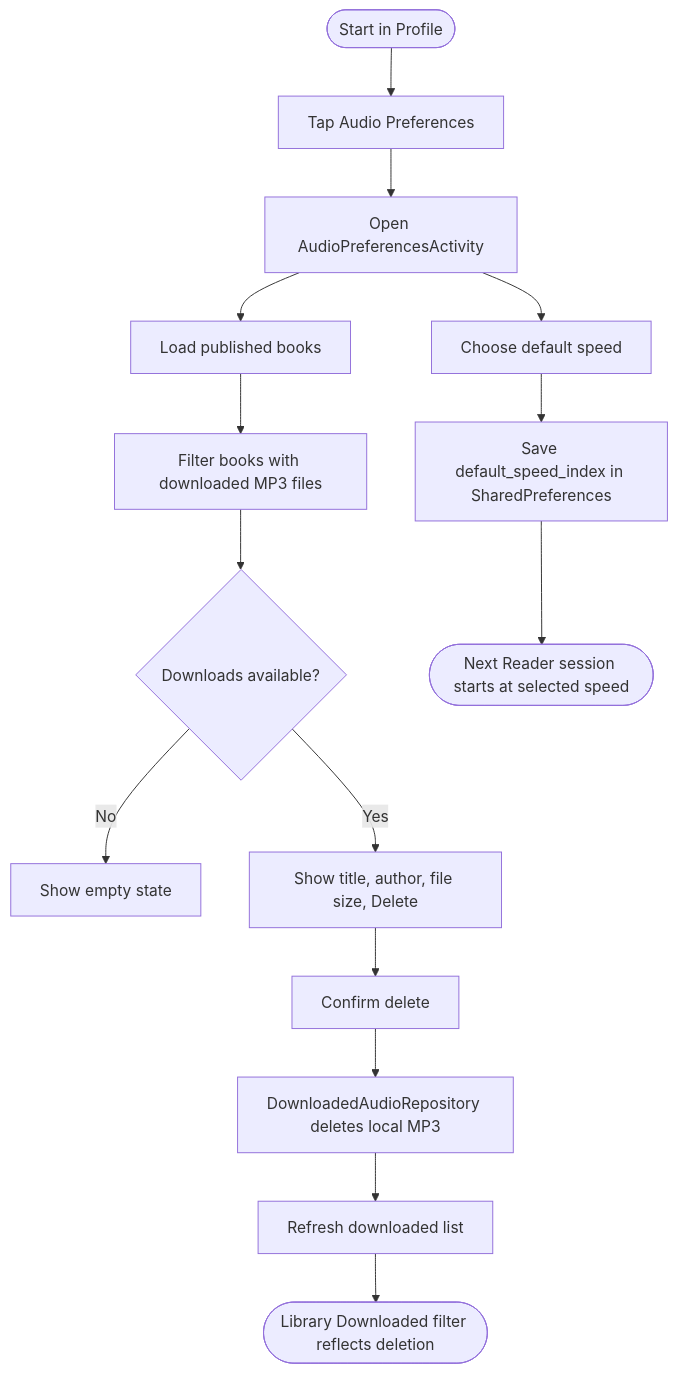
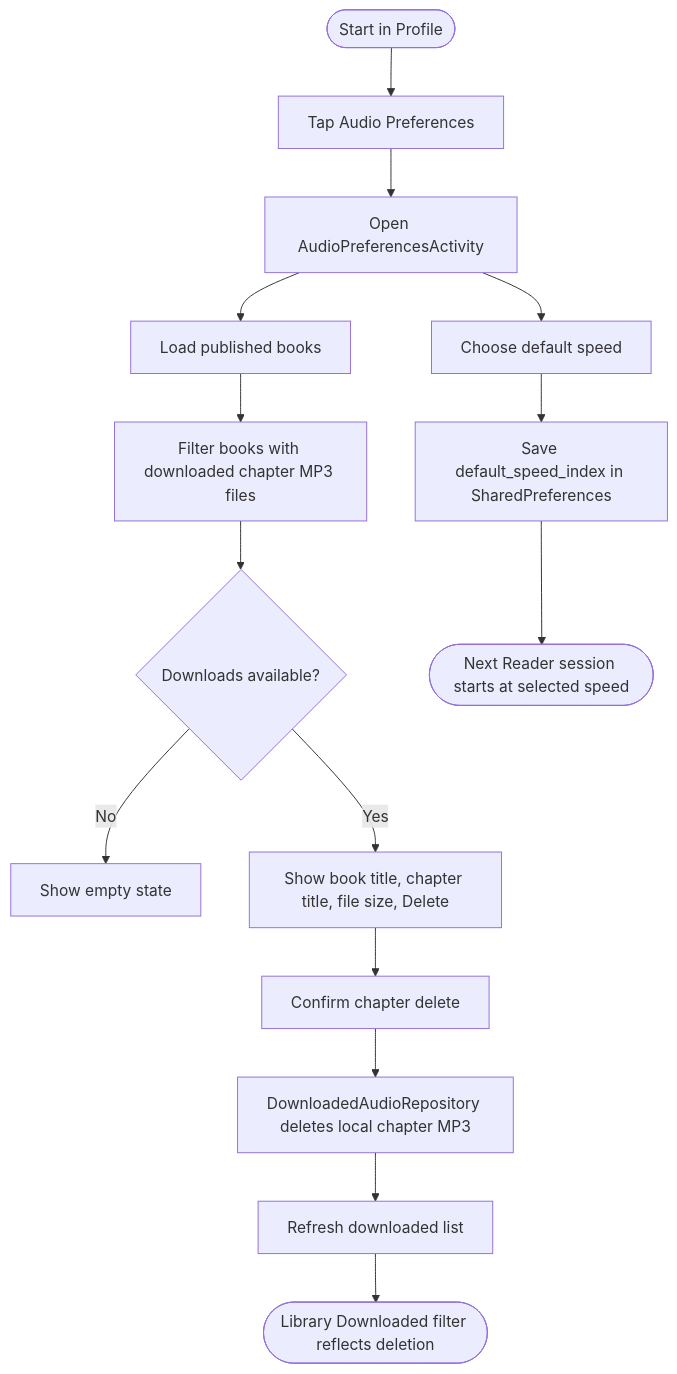
One commit to LeeVuKhang/Fonos_Group13 changed the fourth of 9 diagrams in README.md. Above: the diagram before and after it, drawn with Mermaid. The commit also changed other lines of this file, not shown here.

Commit message:
docs(readme): document chapter playlist flow

````diff
--- a/README.md
+++ b/README.md
@@ -420,17 +446,17 @@
 ```mermaid
 flowchart TD
     A([Start in Profile]) --> B[Tap Audio Preferences]
     B --> C[Open AudioPreferencesActivity]
     C --> D[Choose default speed]
     D --> E[Save default_speed_index in SharedPreferences]
     C --> F[Load published books]
-    F --> G[Filter books with downloaded MP3 files]
+    F --> G[Filter books with downloaded chapter MP3 files]
     G --> H{Downloads available?}
     H -- No --> I[Show empty state]
-    H -- Yes --> J[Show title, author, file size, Delete]
-    J --> K[Confirm delete]
-    K --> L[DownloadedAudioRepository deletes local MP3]
+    H -- Yes --> J[Show book title, chapter title, file size, Delete]
+    J --> K[Confirm chapter delete]
+    K --> L[DownloadedAudioRepository deletes local chapter MP3]
     L --> M[Refresh downloaded list]
     E --> N([Next Reader session starts at selected speed])
     M --> O([Library Downloaded filter reflects deletion])
 ```
````
